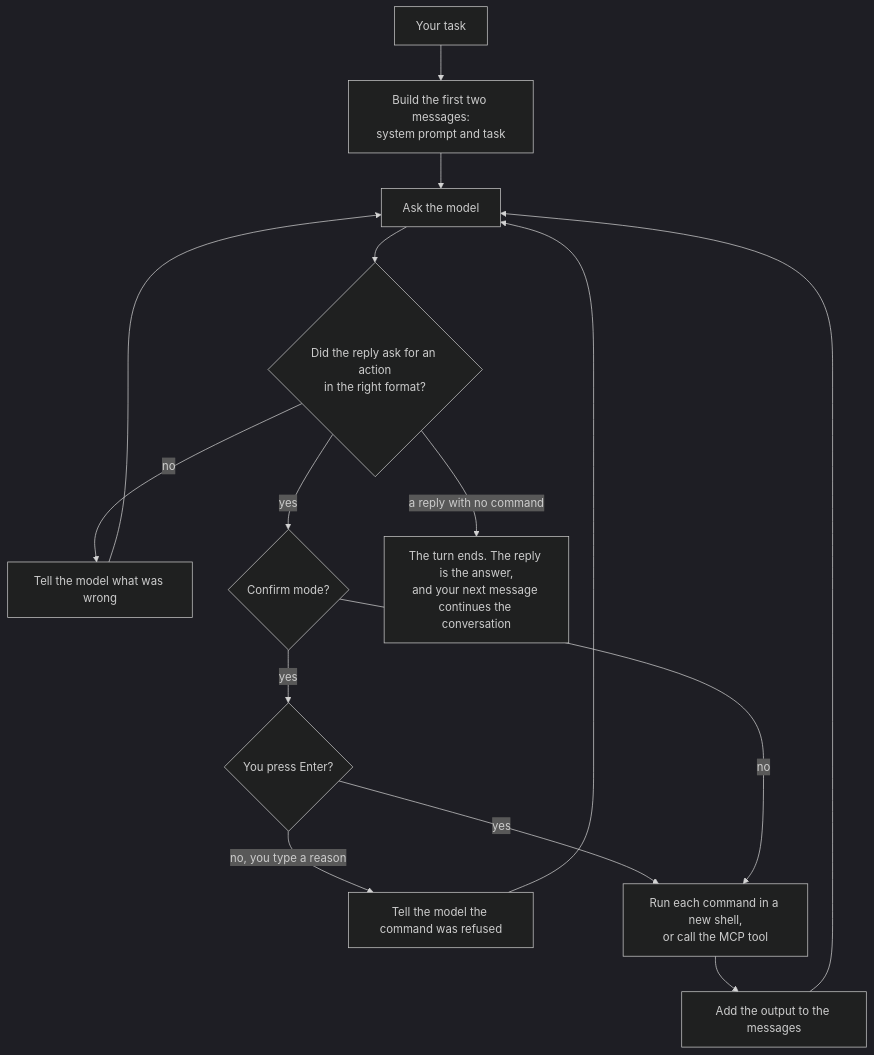
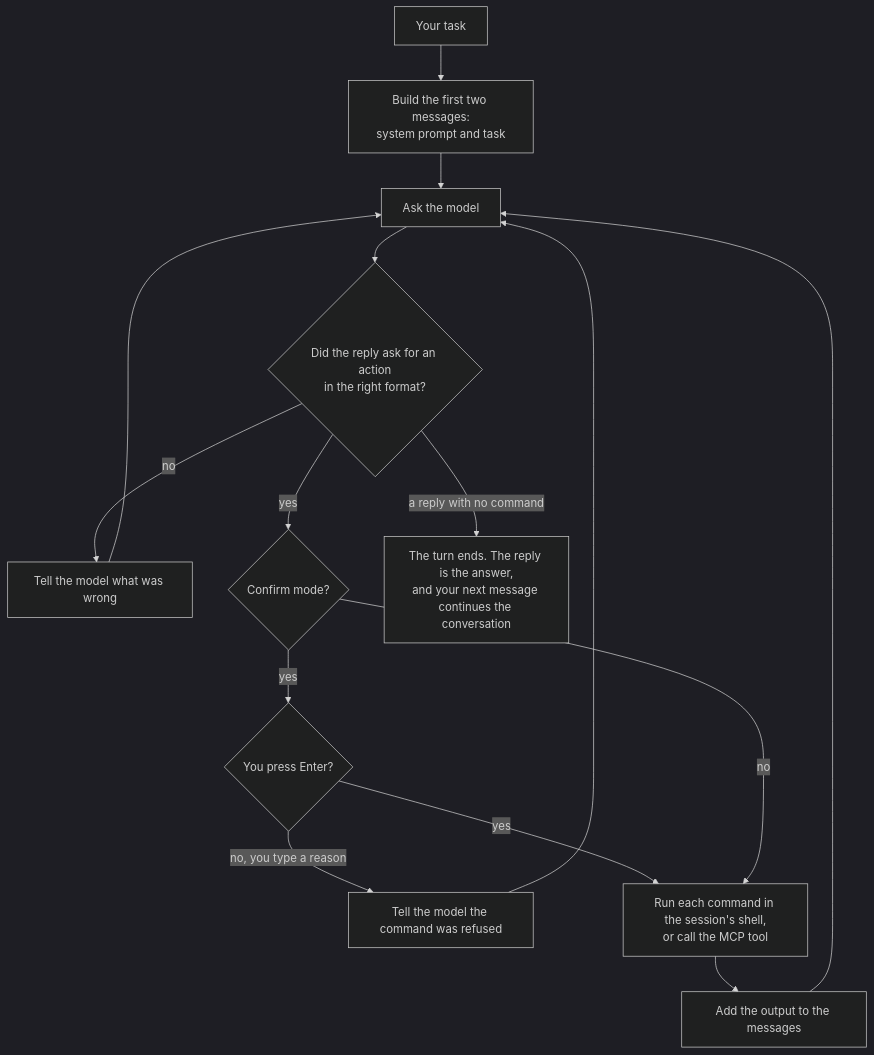
One commit to Black-Rainbow-Labs/umbra changed the diagram in docs/how-it-works.md. Above: the diagram before and after it, drawn with Mermaid (dark theme). The commit also changed other lines of this file and 9 other files, not shown here.

````diff
--- a/docs/how-it-works.md
+++ b/docs/how-it-works.md
@@ -19,14 +19,14 @@
 ```mermaid
 flowchart TD
     T["Your task"] --> P["Build the first two messages:<br/>system prompt and task"]
     P --> Q["Ask the model"]
     Q --> R{"Did the reply ask for an action<br/>in the right format?"}
     R -- no --> E["Tell the model what was wrong"] --> Q
     R -- yes --> C{"Confirm mode?"}
     C -- yes --> Y{"You press Enter?"}
     Y -- "no, you type a reason" --> X["Tell the model the command was refused"] --> Q
     Y -- yes --> RUN
-    C -- no --> RUN["Run each command in a new shell,<br/>or call the MCP tool"]
+    C -- no --> RUN["Run each command in the session's shell,<br/>or call the MCP tool"]
     RUN --> O["Add the output to the messages"] --> Q
     R -- "a reply with no command" --> F["The turn ends. The reply is the answer,<br/>and your next message continues the conversation"]
 ```
````
